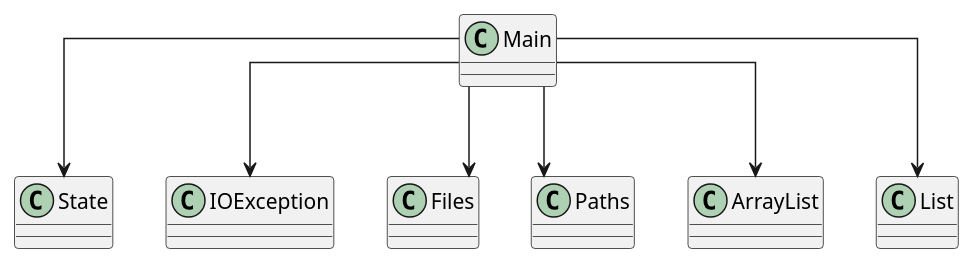
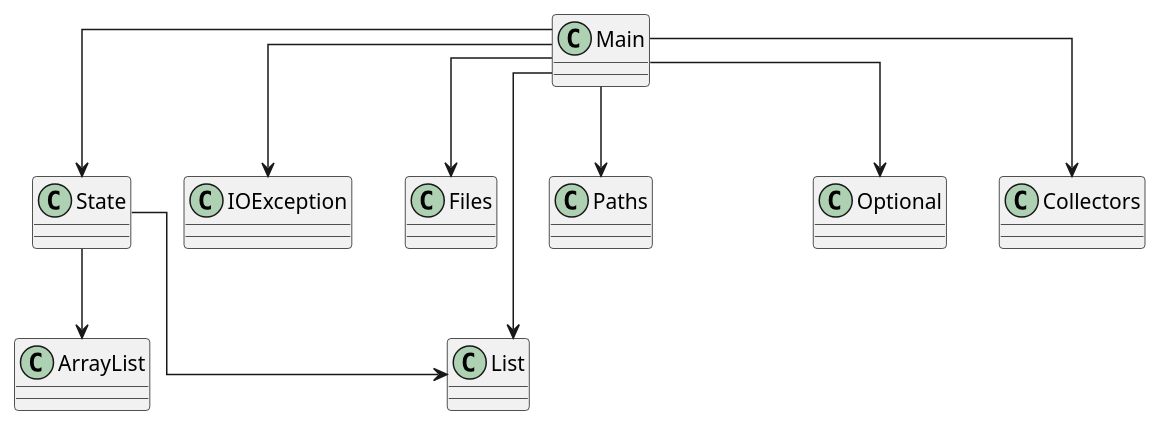
The diagram in diagram.puml (SirMathhman/Magma), drawn with PlantUML before and after one commit. The commit also changed 2 other files, not shown here.

Commit message:
Optional

```diff
--- a/diagram.puml
+++ b/diagram.puml
@@ -1,10 +1,14 @@
 @startuml
 skinparam linetype ortho
 class Main
 Main --> State
 Main --> IOException
 Main --> Files
 Main --> Paths
-Main --> ArrayList
 Main --> List
+Main --> Optional
+Main --> Collectors
+class State
+State --> ArrayList
+State --> List
 @enduml
```
